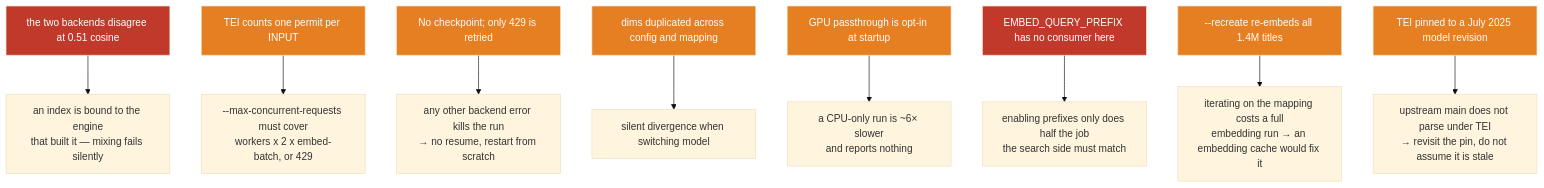
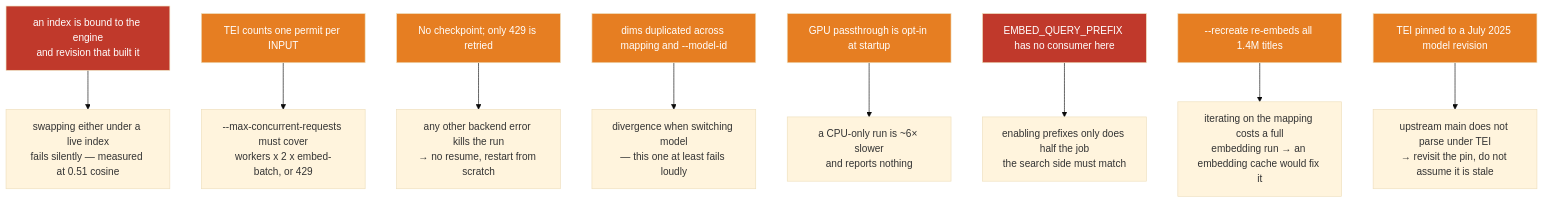
The seventh of 7 diagrams in article-02-vector-ingestion/ARCHITECTURE.md (Guillaume-Gozillon/search-lab-ingest), drawn with Mermaid (base theme) before and after one commit. The commit also changed other lines of this file and 13 other files, not shown here.

````diff
--- a/article-02-vector-ingestion/ARCHITECTURE.md
+++ b/article-02-vector-ingestion/ARCHITECTURE.md
@@ -208,20 +198,20 @@
 ```mermaid
 flowchart TD
-    L0["the two backends disagree at 0.51 cosine"] --> I0["an index is bound to the engine<br/>that built it — mixing fails silently"]
+    L0["an index is bound to the engine<br/>and revision that built it"] --> I0["swapping either under a live index<br/>fails silently — measured at 0.51 cosine"]
     L1["TEI counts one permit per INPUT"] --> I1["--max-concurrent-requests must cover<br/>workers x 2 x embed-batch, or 429"]
     L2["No checkpoint; only 429 is retried"] --> I2["any other backend error kills the run<br/>→ no resume, restart from scratch"]
-    L3["dims duplicated across config and mapping"] --> I3["silent divergence when switching model"]
+    L3["dims duplicated across mapping and --model-id"] --> I3["divergence when switching model<br/>— this one at least fails loudly"]
     L4["GPU passthrough is opt-in at startup"] --> I4["a CPU-only run is ~6× slower<br/>and reports nothing"]
     L5["EMBED_QUERY_PREFIX has no consumer here"] --> I5["enabling prefixes only does half the job<br/>the search side must match"]
     L6["--recreate re-embeds all 1.4M titles"] --> I6["iterating on the mapping costs a full<br/>embedding run → an embedding cache would fix it"]
     L7["TEI pinned to a July 2025 model revision"] --> I7["upstream main does not parse under TEI<br/>→ revisit the pin, do not assume it is stale"]
 
     style L0 fill:#c0392b,color:#fff
     style L1 fill:#e67e22,color:#fff
     style L2 fill:#e67e22,color:#fff
     style L3 fill:#e67e22,color:#fff
     style L4 fill:#e67e22,color:#fff
     style L5 fill:#c0392b,color:#fff
     style L6 fill:#e67e22,color:#fff
     style L7 fill:#e67e22,color:#fff
 ```
````
